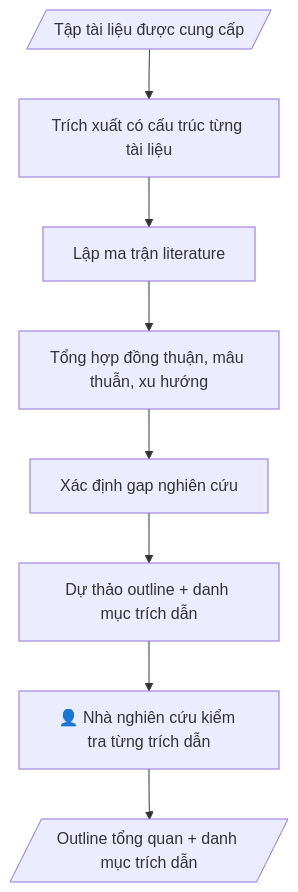
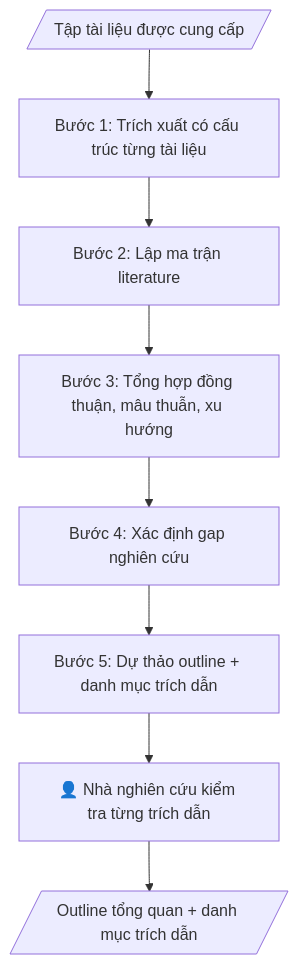
The diagram in skills/tong-quan-tai-lieu-khoa-hoc/SKILL.md (phamtruong91/dh-skills), drawn with Mermaid before and after one commit. The commit also changed 124 other files, not shown here.

````diff
--- a/skills/tong-quan-tai-lieu-khoa-hoc/SKILL.md
+++ b/skills/tong-quan-tai-lieu-khoa-hoc/SKILL.md
@@ -73,12 +73,12 @@
 ```mermaid
 flowchart TD
     A[/"Tập tài liệu được cung cấp"/]
-    B["Trích xuất có cấu trúc từng tài liệu"]
-    C["Lập ma trận literature"]
-    D["Tổng hợp đồng thuận, mâu thuẫn, xu hướng"]
-    E["Xác định gap nghiên cứu"]
-    F["Dự thảo outline + danh mục trích dẫn"]
+    B["Bước 1: Trích xuất có cấu trúc từng tài liệu"]
+    C["Bước 2: Lập ma trận literature"]
+    D["Bước 3: Tổng hợp đồng thuận, mâu thuẫn, xu hướng"]
+    E["Bước 4: Xác định gap nghiên cứu"]
+    F["Bước 5: Dự thảo outline + danh mục trích dẫn"]
     HG["👤 Nhà nghiên cứu kiểm tra từng trích dẫn"]
     G[/"Outline tổng quan + danh mục trích dẫn"/]
     A --> B --> C --> D --> E --> F --> HG --> G
 ```
````
